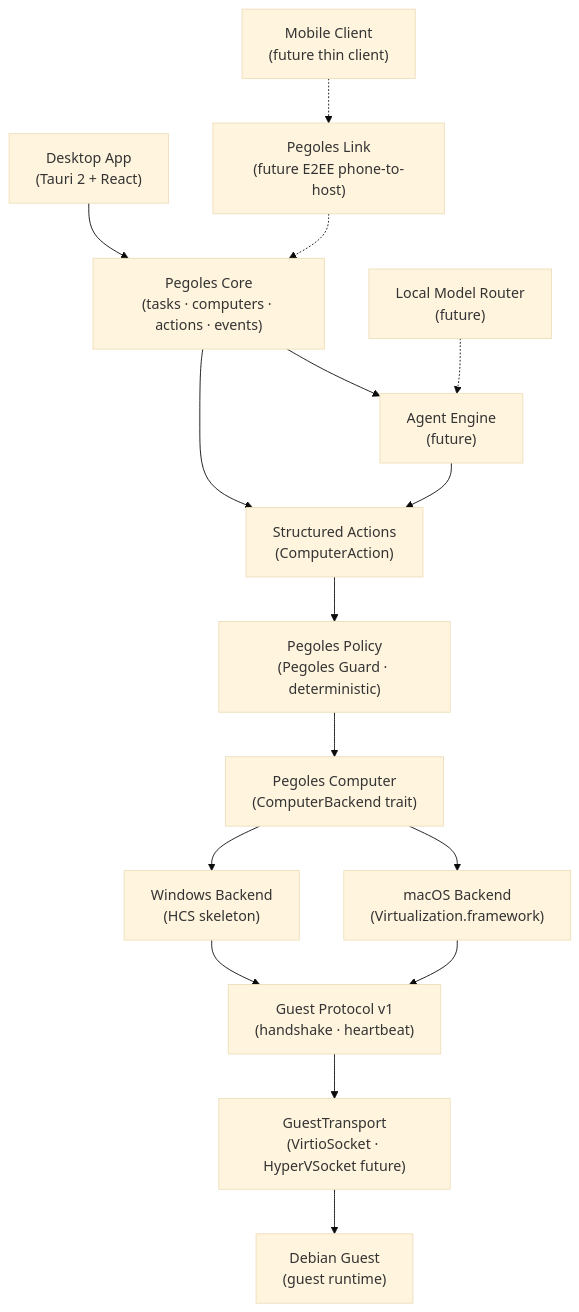
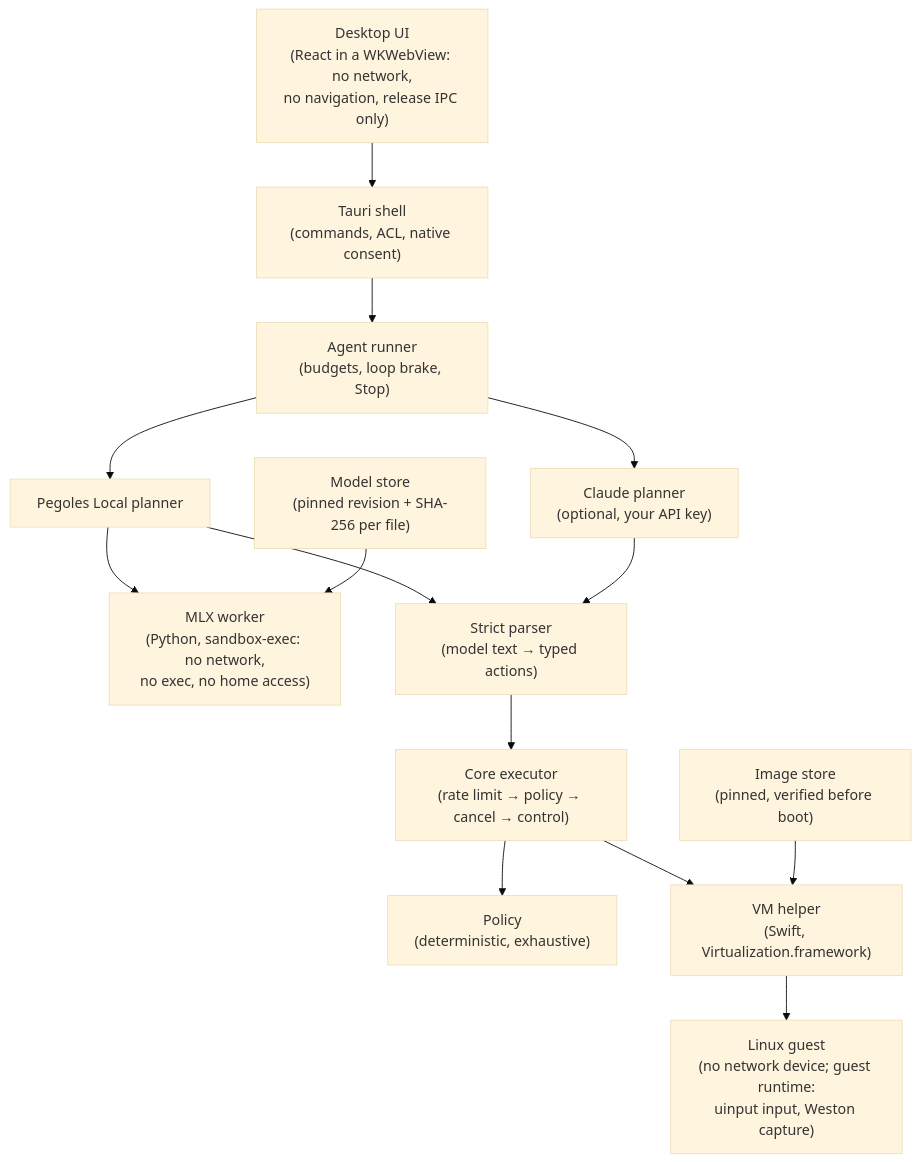
The diagram in docs/ARCHITECTURE.md (zezortdx/Pegoles-Agent), drawn with Mermaid (base theme) before and after one commit. The commit also changed other lines of this file, not shown here.

Commit message:
docs: architecture as built (planners, parser, policy, executor, VM, stores)

````diff
--- a/docs/ARCHITECTURE.md
+++ b/docs/ARCHITECTURE.md
@@ -7,34 +13,27 @@
 ```mermaid
 flowchart TB
-    Desktop["Desktop App<br/>(Tauri 2 + React)"]
-    Core["Pegoles Core<br/>(tasks · computers · actions · events)"]
-    Engine["Agent Engine<br/>(future)"]
-    Router["Local Model Router<br/>(future)"]
-    Actions["Structured Actions<br/>(ComputerAction)"]
-    Policy["Pegoles Policy<br/>(Pegoles Guard · deterministic)"]
-    Computer["Pegoles Computer<br/>(ComputerBackend trait)"]
-    MacBackend["macOS Backend<br/>(Virtualization.framework)"]
-    WinBackend["Windows Backend<br/>(HCS skeleton)"]
-    GuestProto["Guest Protocol v1<br/>(handshake · heartbeat)"]
-    Transport["GuestTransport<br/>(VirtioSocket · HyperVSocket future)"]
-    Guest["Debian Guest<br/>(guest runtime)"]
+    UI["Desktop UI<br/>(React in a WKWebView: no network,<br/>no navigation, release IPC only)"]
+    Shell["Tauri shell<br/>(commands, ACL, native consent)"]
+    Runner["Agent runner<br/>(budgets, loop brake, Stop)"]
+    Local["Pegoles Local planner"]
+    Worker["MLX worker<br/>(Python, sandbox-exec: no network,<br/>no exec, no home access)"]
+    Cloud["Claude planner<br/>(optional, your API key)"]
+    Parser["Strict parser<br/>(model text → typed actions)"]
+    Policy["Policy<br/>(deterministic, exhaustive)"]
+    Core["Core executor<br/>(rate limit → policy → cancel → control)"]
+    Helper["VM helper<br/>(Swift, Virtualization.framework)"]
+    Guest["Linux guest<br/>(no network device; guest runtime:<br/>uinput input, Weston capture)"]
+    Images["Image store<br/>(pinned, verified before boot)"]
+    Models["Model store<br/>(pinned revision + SHA-256 per file)"]
 
-    Mobile["Mobile Client<br/>(future thin client)"]
-    Link["Pegoles Link<br/>(future E2EE phone-to-host)"]
-
-    Desktop --> Core
-    Core --> Engine
-    Engine --> Actions
-    Core --> Actions
-    Actions --> Policy
-    Policy --> Computer
-    Computer --> MacBackend
-    Computer --> WinBackend
-    MacBackend --> GuestProto
-    WinBackend --> GuestProto
-    GuestProto --> Transport
-    Transport --> Guest
-    Router -.-> Engine
-    Mobile -.-> Link
-    Link -.-> Core
+    UI --> Shell --> Runner
+    Runner --> Local --> Worker
+    Runner --> Cloud
+    Local --> Parser
+    Cloud --> Parser
+    Parser --> Core
+    Core --> Policy
+    Core --> Helper --> Guest
+    Images --> Helper
+    Models --> Worker
 ```
````
